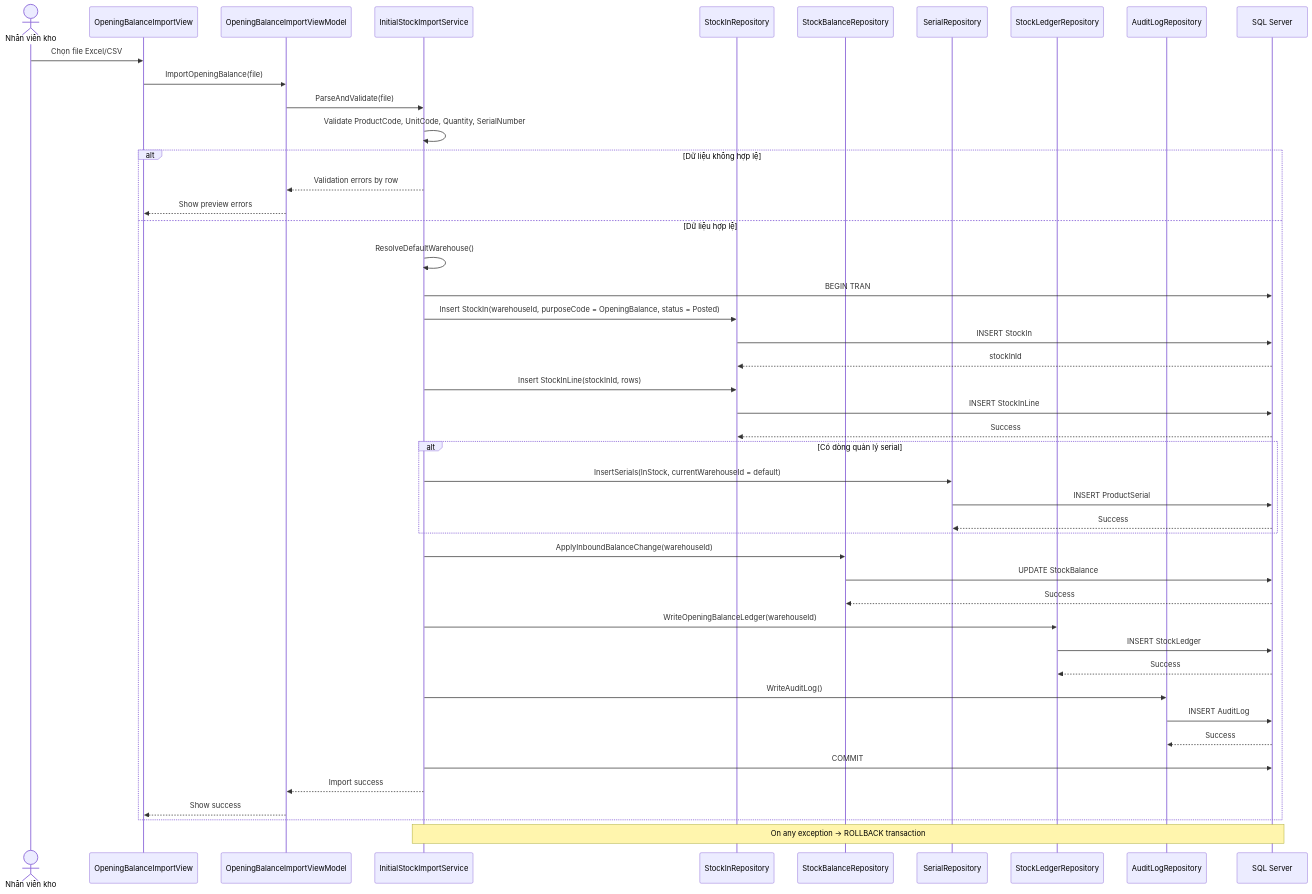
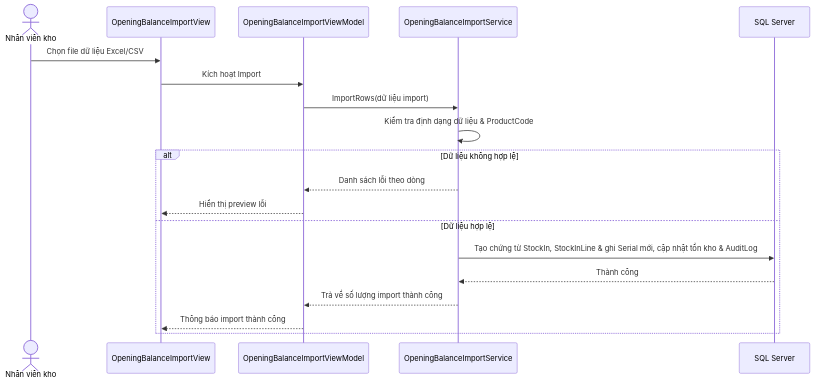
One commit to TheGiver262/WarePro changed diagram 14 of 18 in Diagram/warehouse_management_vi_senior_reviewed_mermaid.md. Above: the diagram before and after it, drawn with Mermaid. The commit also changed other lines of this file and 7 other files, not shown here.

Commit message:
feat: dong bo so do thiet ke mermaid va sua code cac phan he dang nhap, nhap dau ky, bao hanh

````diff
--- a/Diagram/warehouse_management_vi_senior_reviewed_mermaid.md
+++ b/Diagram/warehouse_management_vi_senior_reviewed_mermaid.md
@@ -853,49 +644,23 @@
 ```mermaid
 sequenceDiagram
     actor Storekeeper as Nhân viên kho
     participant UI as OpeningBalanceImportView
     participant VM as OpeningBalanceImportViewModel
-    participant Import as InitialStockImportService
-    participant StockRepo as StockInRepository
-    participant BalanceRepo as StockBalanceRepository
-    participant SerialRepo as SerialRepository
-    participant LedgerRepo as StockLedgerRepository
-    participant AuditRepo as AuditLogRepository
+    participant Import as OpeningBalanceImportService
     participant DB as SQL Server
 
-    Storekeeper->>UI: Chọn file Excel/CSV
-    UI->>VM: ImportOpeningBalance(file)
-    VM->>Import: ParseAndValidate(file)
-    Import->>Import: Validate ProductCode, UnitCode, Quantity, SerialNumber
+    Storekeeper->>UI: Chọn file dữ liệu Excel/CSV
+    UI->>VM: Kích hoạt Import
+    VM->>Import: ImportRows(dữ liệu import)
+    Import->>Import: Kiểm tra định dạng dữ liệu & ProductCode
+    
     alt Dữ liệu không hợp lệ
-        Import-->>VM: Validation errors by row
-        VM-->>UI: Show preview errors
+        Import-->>VM: Danh sách lỗi theo dòng
+        VM-->>UI: Hiển thị preview lỗi
     else Dữ liệu hợp lệ
-        Import->>Import: ResolveDefaultWarehouse()
-        Import->>DB: BEGIN TRAN
-        Import->>StockRepo: Insert StockIn(warehouseId, purposeCode = OpeningBalance, status = Posted)
-        StockRepo->>DB: INSERT StockIn
-        DB-->>StockRepo: stockInId
-        Import->>StockRepo: Insert StockInLine(stockInId, rows)
-        StockRepo->>DB: INSERT StockInLine
-        DB-->>StockRepo: Success
-        alt Có dòng quản lý serial
-            Import->>SerialRepo: InsertSerials(InStock, currentWarehouseId = default)
-            SerialRepo->>DB: INSERT ProductSerial
-            DB-->>SerialRepo: Success
-        end
-        Import->>BalanceRepo: ApplyInboundBalanceChange(warehouseId)
-        BalanceRepo->>DB: UPDATE StockBalance
-        DB-->>BalanceRepo: Success
-        Import->>LedgerRepo: WriteOpeningBalanceLedger(warehouseId)
-        LedgerRepo->>DB: INSERT StockLedger
-        DB-->>LedgerRepo: Success
-        Import->>AuditRepo: WriteAuditLog()
-        AuditRepo->>DB: INSERT AuditLog
-        DB-->>AuditRepo: Success
-        Import->>DB: COMMIT
-        Import-->>VM: Import success
-        VM-->>UI: Show success
+        Import->>DB: Tạo chứng từ StockIn, StockInLine & ghi Serial mới, cập nhật tồn kho & AuditLog
+        DB-->>Import: Thành công
+        Import-->>VM: Trả về số lượng import thành công
+        VM-->>UI: Thông báo import thành công
     end
-    Note over Import,DB: On any exception -> ROLLBACK transaction
 ```
````
